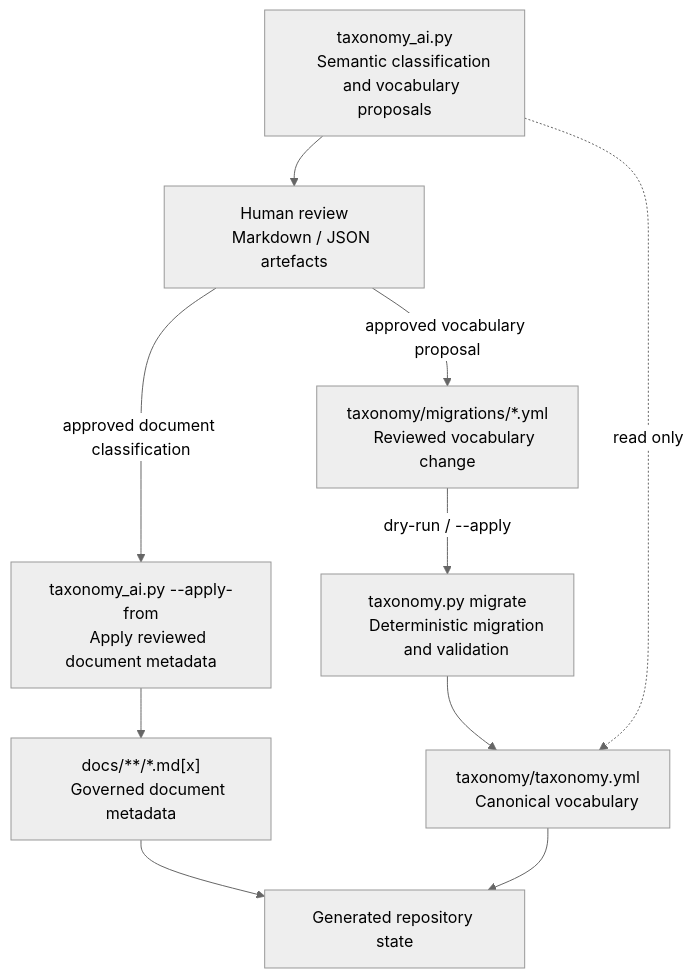
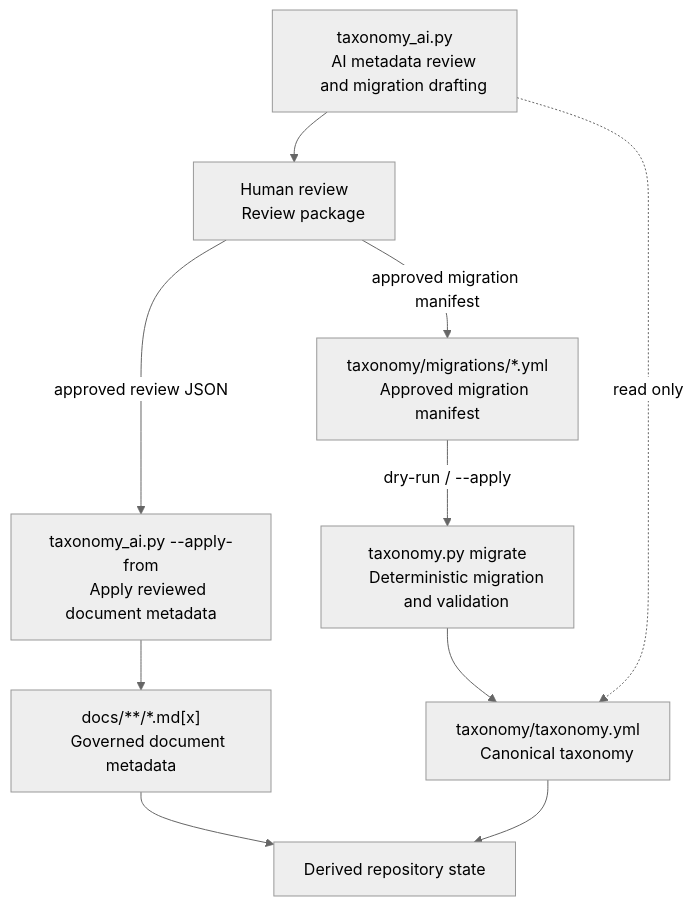
The first of 2 diagrams in docs/case-studies/TaxonomyGovernance.md (iand4096/docusaurusportfolio), drawn with Mermaid (neutral theme) before and after one commit. The commit also changed other lines of this file, not shown here.

Commit message:
improved Taxonomy Governance, Agile and Documentation Leadership pages2

````diff
--- a/docs/case-studies/TaxonomyGovernance.md
+++ b/docs/case-studies/TaxonomyGovernance.md
@@ -108,57 +126,57 @@
 ```mermaid id="t6cb4k"
 
 flowchart TD
 
     AI["`taxonomy_ai.py
 
-    Semantic classification
+    AI metadata review
 
-    and vocabulary proposals`"]
+    and migration drafting`"]
 
     REVIEW["`Human review
 
-    Markdown / JSON artefacts`"]
+    Review package`"]
 
     APPLY["`taxonomy_ai.py --apply-from
 
     Apply reviewed document metadata`"]
 
     MIGRATION["`taxonomy/migrations/*.yml
 
-    Reviewed vocabulary change`"]
+    Approved migration manifest`"]
 
     ENGINE["`taxonomy.py migrate
 
     Deterministic migration
 
     and validation`"]
 
     DOCS["`docs/**/*.md[x]
 
     Governed document metadata`"]
 
     TAXONOMY["`taxonomy/taxonomy.yml
 
-    Canonical vocabulary`"]
+    Canonical taxonomy`"]
 
-    DERIVED["`Generated repository state`"]
+    DERIVED["`Derived repository state`"]
 
     AI --> REVIEW
 
-    REVIEW -->|"approved document classification"| APPLY
+    REVIEW -->|"approved review JSON"| APPLY
 
     APPLY --> DOCS
 
-    REVIEW -->|"approved vocabulary proposal"| MIGRATION
+    REVIEW -->|"approved migration manifest"| MIGRATION
 
     MIGRATION -->|"dry-run / --apply"| ENGINE
 
     ENGINE --> TAXONOMY
 
     TAXONOMY --> DERIVED
 
     DOCS --> DERIVED
 
     AI -.->|"read only"| TAXONOMY
 
 ```
````
